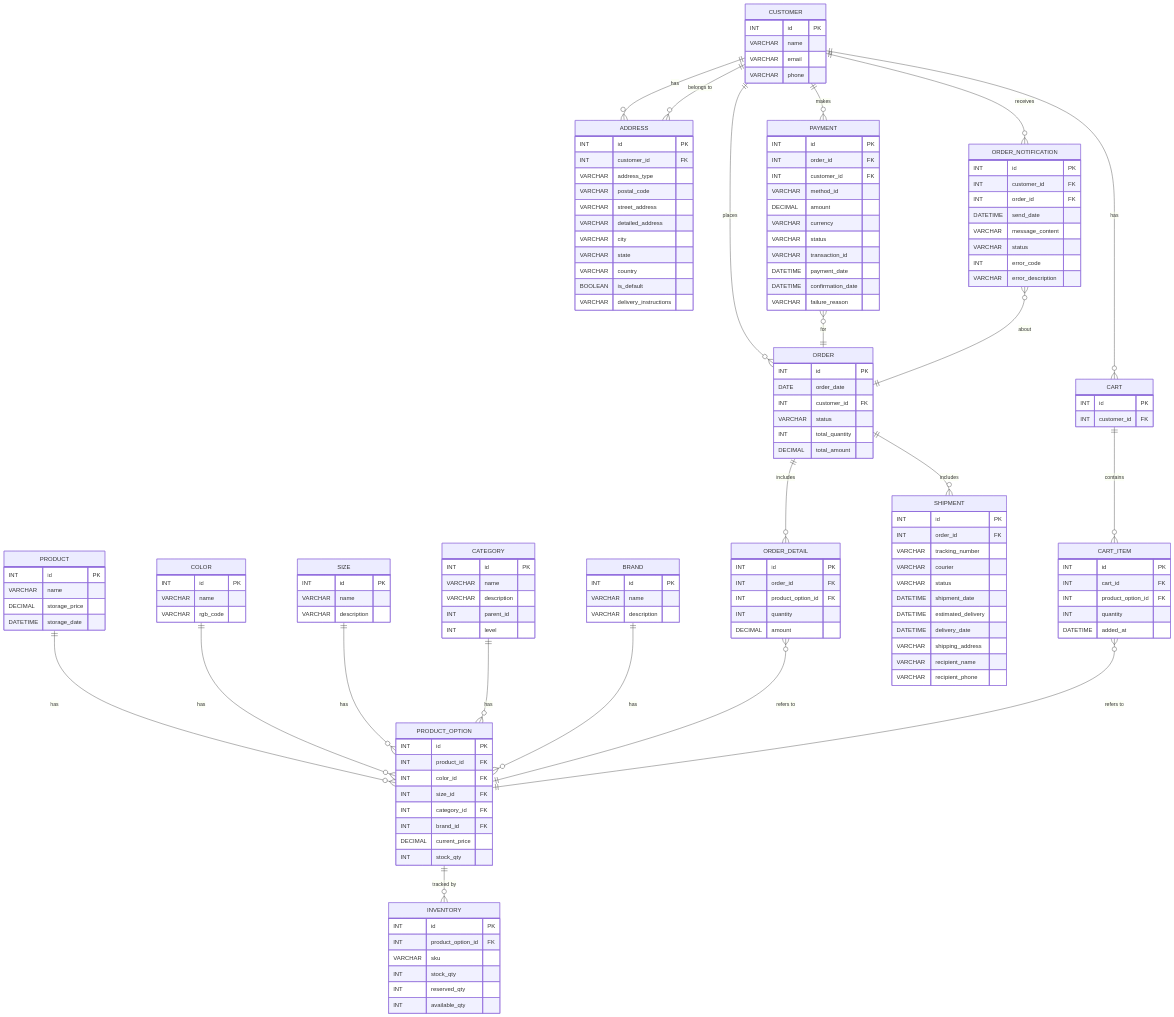
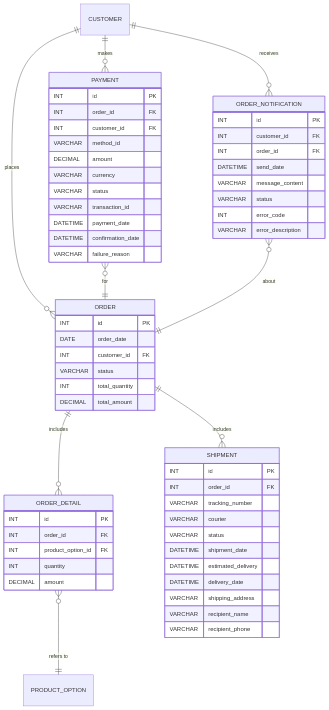
The third of 3 diagrams in README.md (dakcoh/shopping-service-order), drawn with Mermaid before and after one commit.

Commit message:
Update README.md
1. 업무 별 테이블 ERD 구성 분할

````diff
--- a/README.md
+++ b/README.md
@@ -69,62 +167,5 @@
 ```mermaid
 erDiagram
-    CUSTOMER {
-        INT id PK
-        VARCHAR name
-        VARCHAR email
-        VARCHAR phone
-    }
-    ADDRESS {
-        INT id PK
-        INT customer_id FK
-        VARCHAR address_type
-        VARCHAR postal_code
-        VARCHAR street_address
-        VARCHAR detailed_address
-        VARCHAR city
-        VARCHAR state
-        VARCHAR country
-        BOOLEAN is_default
-        VARCHAR delivery_instructions
-    }
-    PRODUCT {
-        INT id PK
-        VARCHAR name
-        DECIMAL storage_price
-        DATETIME storage_date
-    }
-    COLOR {
-        INT id PK
-        VARCHAR name
-        VARCHAR rgb_code
-    }
-    SIZE {
-        INT id PK
-        VARCHAR name
-        VARCHAR description
-    }
-    CATEGORY {
-        INT id PK
-        VARCHAR name
-        VARCHAR description
-        INT parent_id
-        INT level
-    }
-    BRAND {
-        INT id PK
-        VARCHAR name
-        VARCHAR description
-    }
-    PRODUCT_OPTION {
-        INT id PK
-        INT product_id FK
-        INT color_id FK
-        INT size_id FK
-        INT category_id FK
-        INT brand_id FK
-        DECIMAL current_price
-        INT stock_qty
-    }
     "ORDER" {
         INT id PK
         DATE order_date
@@ -163,14 +204,6 @@
         INT error_code
         VARCHAR error_description
     }
-    INVENTORY {
-        INT id PK
-        INT product_option_id FK
-        VARCHAR sku
-        INT stock_qty
-        INT reserved_qty
-        INT available_qty
-    }
     SHIPMENT {
         INT id PK
         INT order_id FK
@@ -184,35 +217,13 @@
         VARCHAR recipient_name
         VARCHAR recipient_phone
     }
-    CART {
-        INT id PK
-        INT customer_id FK
-    }
-    CART_ITEM {
-        INT id PK
-        INT cart_id FK
-        INT product_option_id FK
-        INT quantity
-        DATETIME added_at
-    }
 
-    CUSTOMER ||--o{ ADDRESS : "has"
     CUSTOMER ||--o{ "ORDER" : "places"
     CUSTOMER ||--o{ PAYMENT : "makes"
     CUSTOMER ||--o{ ORDER_NOTIFICATION : "receives"
-    ADDRESS }o--|| CUSTOMER : "belongs to"
-    PRODUCT ||--o{ PRODUCT_OPTION : "has"
-    COLOR ||--o{ PRODUCT_OPTION : "has"
-    SIZE ||--o{ PRODUCT_OPTION : "has"
-    CATEGORY ||--o{ PRODUCT_OPTION : "has"
-    BRAND ||--o{ PRODUCT_OPTION : "has"
     "ORDER" ||--o{ ORDER_DETAIL : "includes"
     ORDER_DETAIL }o--|| PRODUCT_OPTION : "refers to"
     PAYMENT }o--|| "ORDER" : "for"
     ORDER_NOTIFICATION }o--|| "ORDER" : "about"
-    PRODUCT_OPTION ||--o{ INVENTORY : "tracked by"
     "ORDER" ||--o{ SHIPMENT : "includes"
-    CUSTOMER ||--o{ CART : "has"
-    CART ||--o{ CART_ITEM : "contains"
-    CART_ITEM }o--|| PRODUCT_OPTION : "refers to"
 ```
````
